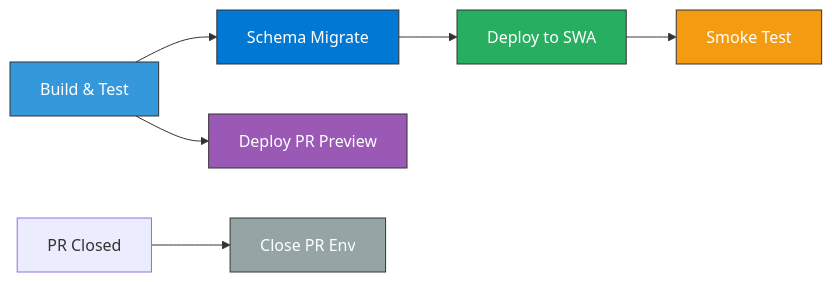
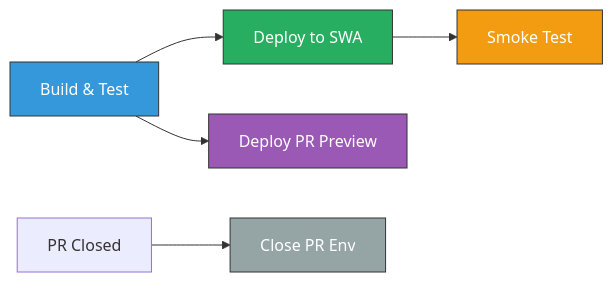
One commit to jonathan-vella/hacker-board changed the third of 3 diagrams in docs/deployment-guide.md. Above: the diagram before and after it, drawn with Mermaid. The commit also changed other lines of this file and 54 other files, not shown here.

Commit message:
docs: sync cosmos db + entra architecture and governance notes

````diff
--- a/docs/deployment-guide.md
+++ b/docs/deployment-guide.md
@@ -273,15 +238,13 @@
 ```mermaid
 graph LR
-    BT[Build & Test] --> SM[Schema Migrate]
-    SM --> D[Deploy to SWA]
+    BT[Build & Test] --> D[Deploy to SWA]
     D --> ST[Smoke Test]
     BT --> DP[Deploy PR Preview]
     PR[PR Closed] --> CL[Close PR Env]
 
     style BT fill:#3498db,stroke:#333,color:#fff
-    style SM fill:#0078D4,stroke:#333,color:#fff
     style D fill:#27ae60,stroke:#333,color:#fff
     style ST fill:#f39c12,stroke:#333,color:#fff
     style DP fill:#9b59b6,stroke:#333,color:#fff
     style CL fill:#95a5a6,stroke:#333,color:#fff
 ```
````
